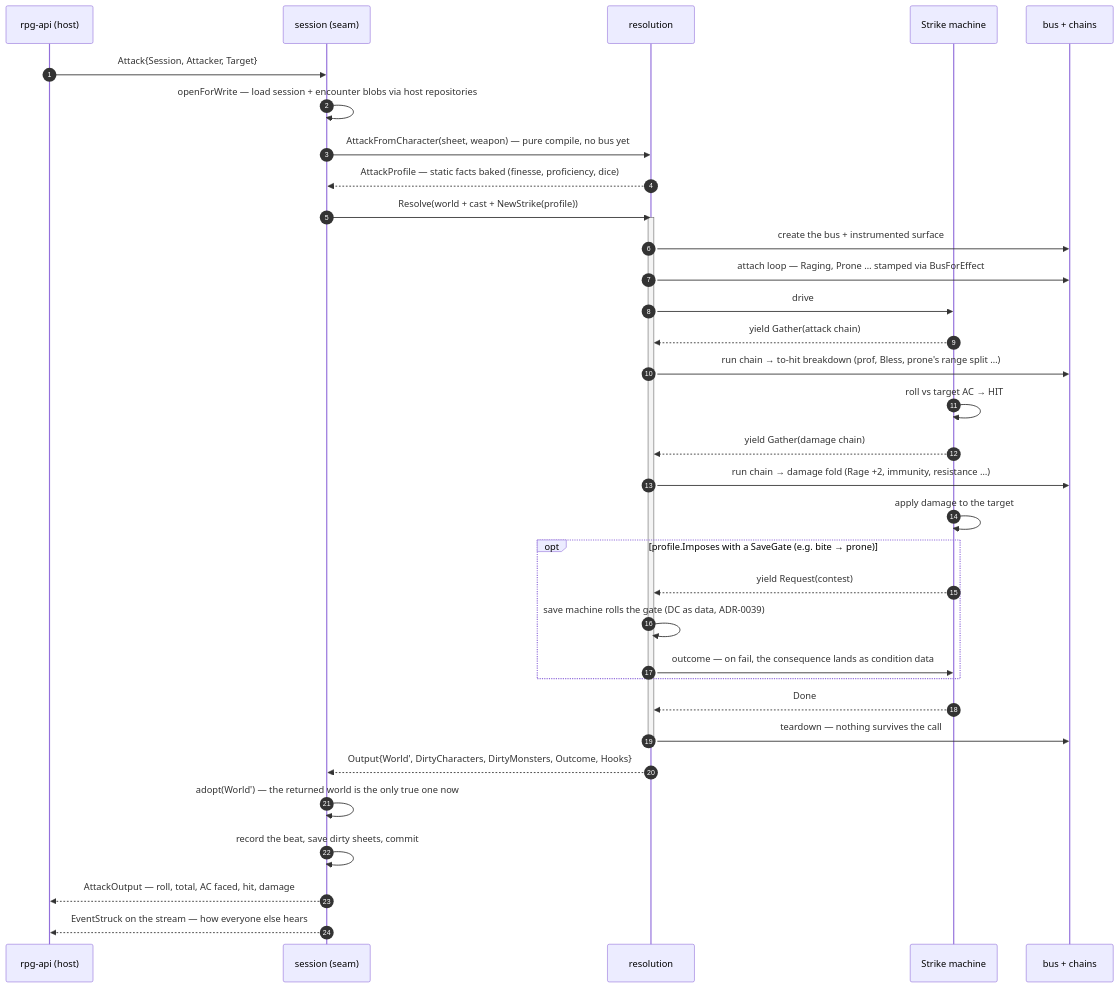
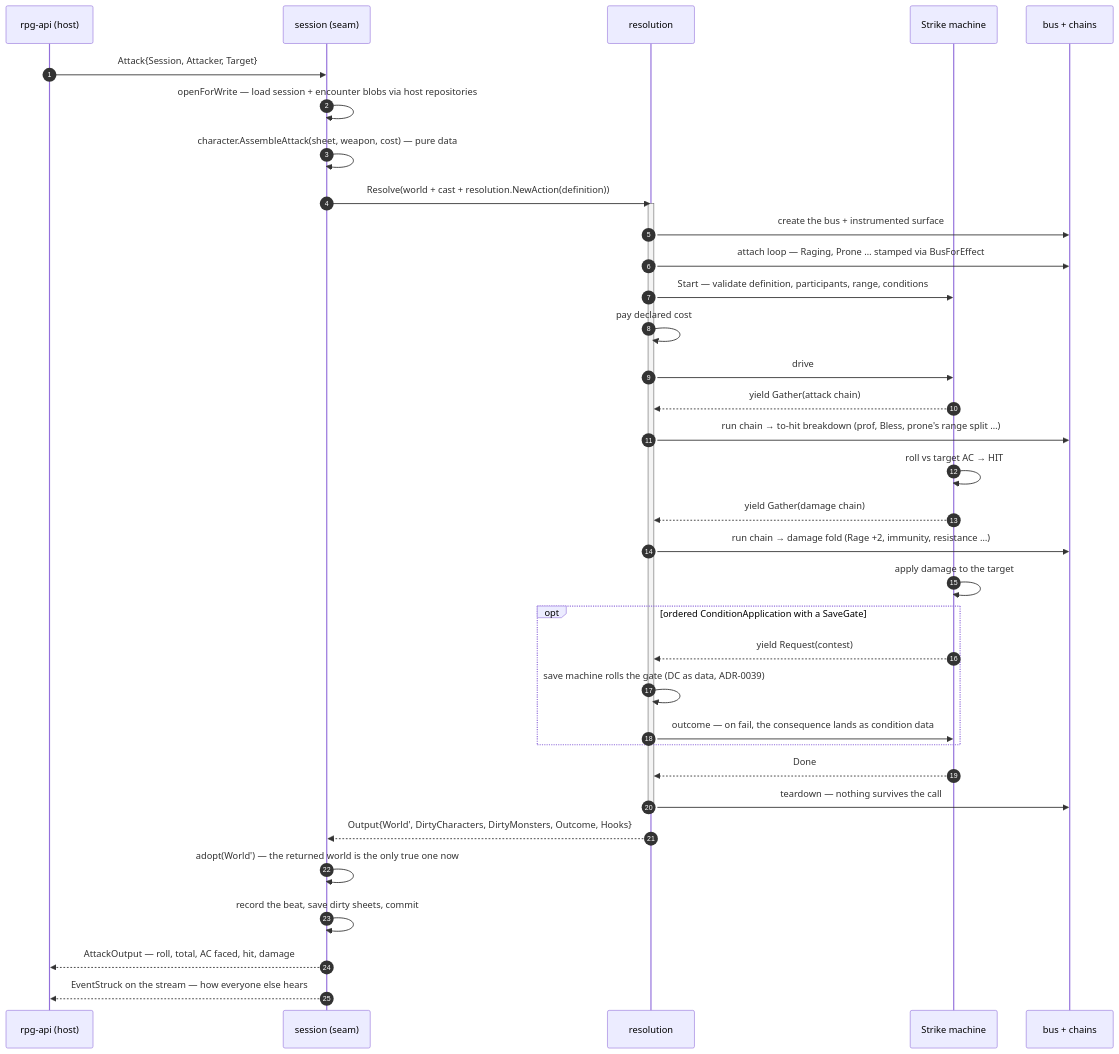
The first of 2 diagrams in docs/architecture/how-it-plays.md (KirkDiggler/rpg-toolkit), drawn with Mermaid before and after one commit. The commit also changed other lines of this file and 16 other files, not shown here.

````diff
--- a/docs/architecture/how-it-plays.md
+++ b/docs/architecture/how-it-plays.md
@@ -25,38 +25,39 @@
 ```mermaid
 sequenceDiagram
     autonumber
     participant API as rpg-api (host)
     participant S as session (seam)
     participant R as resolution
     participant M as Strike machine
     participant B as bus + chains
 
     API->>S: Attack{Session, Attacker, Target}
     S->>S: openForWrite — load session + encounter blobs via host repositories
-    S->>R: AttackFromCharacter(sheet, weapon) — pure compile, no bus yet
-    R-->>S: AttackProfile — static facts baked (finesse, proficiency, dice)
-    S->>R: Resolve(world + cast + NewStrike(profile))
+    S->>S: character.AssembleAttack(sheet, weapon, cost) — pure data
+    S->>R: Resolve(world + cast + resolution.NewAction(definition))
     activate R
     R->>B: create the bus + instrumented surface
     R->>B: attach loop — Raging, Prone … stamped via BusForEffect
+    R->>M: Start — validate definition, participants, range, conditions
+    R->>R: pay declared cost
     R->>M: drive
     M-->>R: yield Gather(attack chain)
     R->>B: run chain → to-hit breakdown (prof, Bless, prone's range split …)
     M->>M: roll vs target AC → HIT
     M-->>R: yield Gather(damage chain)
     R->>B: run chain → damage fold (Rage +2, immunity, resistance …)
     M->>M: apply damage to the target
-    opt profile.Imposes with a SaveGate (e.g. bite → prone)
+    opt ordered ConditionApplication with a SaveGate
         M-->>R: yield Request(contest)
         R->>R: save machine rolls the gate (DC as data, ADR-0039)
         R->>M: outcome — on fail, the consequence lands as condition data
     end
     M-->>R: Done
     R->>B: teardown — nothing survives the call
     deactivate R
     R-->>S: Output{World', DirtyCharacters, DirtyMonsters, Outcome, Hooks}
     S->>S: adopt(World') — the returned world is the only true one now
     S->>S: record the beat, save dirty sheets, commit
     S-->>API: AttackOutput — roll, total, AC faced, hit, damage
     S-->>API: EventStruck on the stream — how everyone else hears
 ```
````
